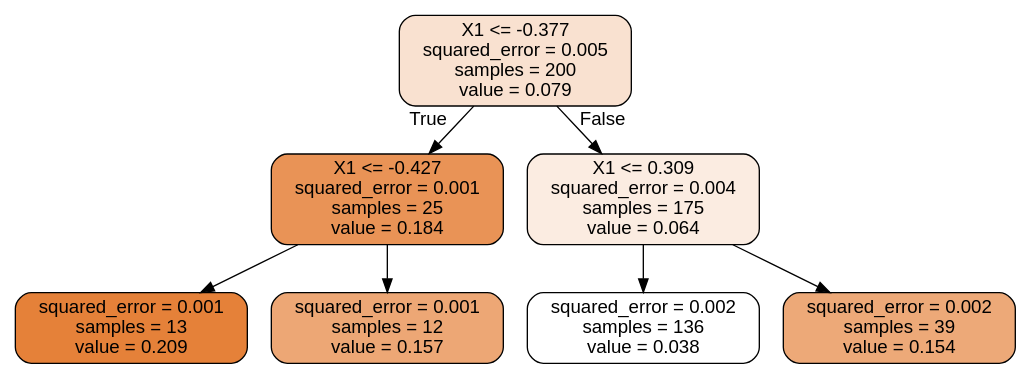
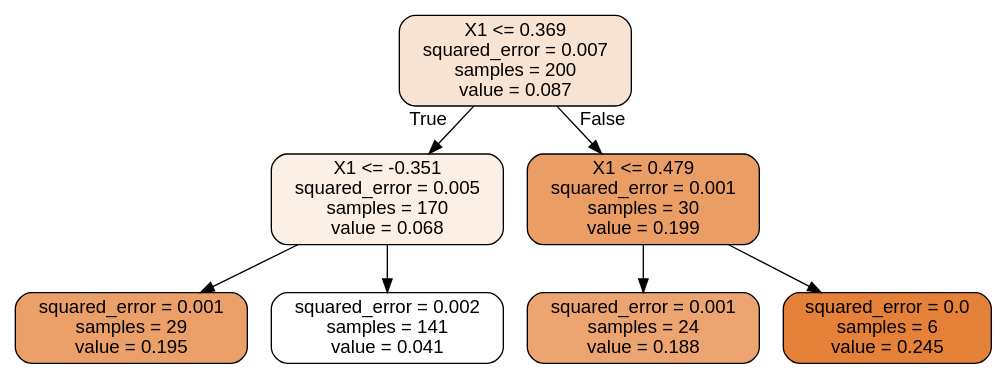
Before and after one commit to sayedgamal99/Data-Science: the diagram in Educational/Hands-On-Machine-Learning/CH6 Decision Trees/regression_tree.dot, drawn with Graphviz. The commit also changed 1 other file, not shown here.

```diff
--- a/Educational/Hands-On-Machine-Learning/CH6 Decision Trees/regression_tree.dot
+++ b/Educational/Hands-On-Machine-Learning/CH6 Decision Trees/regression_tree.dot
@@ -1,17 +1,17 @@
 digraph Tree {
 node [shape=box, style="filled, rounded", color="black", fontname="helvetica"] ;
 edge [fontname="helvetica"] ;
-0 [label="X1 <= -0.377\nsquared_error = 0.005\nsamples = 200\nvalue = 0.079", fillcolor="#f9e1d0"] ;
-1 [label="X1 <= -0.427\nsquared_error = 0.001\nsamples = 25\nvalue = 0.184", fillcolor="#e99356"] ;
+0 [label="X1 <= 0.369\nsquared_error = 0.007\nsamples = 200\nvalue = 0.087", fillcolor="#f9e3d2"] ;
+1 [label="X1 <= -0.351\nsquared_error = 0.005\nsamples = 170\nvalue = 0.068", fillcolor="#fcefe6"] ;
 0 -> 1 [labeldistance=2.5, labelangle=45, headlabel="True"] ;
-2 [label="squared_error = 0.001\nsamples = 13\nvalue = 0.209", fillcolor="#e58139"] ;
+2 [label="squared_error = 0.001\nsamples = 29\nvalue = 0.195", fillcolor="#eba06a"] ;
 1 -> 2 ;
-3 [label="squared_error = 0.001\nsamples = 12\nvalue = 0.157", fillcolor="#eda775"] ;
+3 [label="squared_error = 0.002\nsamples = 141\nvalue = 0.041", fillcolor="#ffffff"] ;
 1 -> 3 ;
-4 [label="X1 <= 0.309\nsquared_error = 0.004\nsamples = 175\nvalue = 0.064", fillcolor="#fbece1"] ;
+4 [label="X1 <= 0.479\nsquared_error = 0.001\nsamples = 30\nvalue = 0.199", fillcolor="#eb9d66"] ;
 0 -> 4 [labeldistance=2.5, labelangle=-45, headlabel="False"] ;
-5 [label="squared_error = 0.002\nsamples = 136\nvalue = 0.038", fillcolor="#ffffff"] ;
+5 [label="squared_error = 0.001\nsamples = 24\nvalue = 0.188", fillcolor="#eca471"] ;
 4 -> 5 ;
-6 [label="squared_error = 0.002\nsamples = 39\nvalue = 0.154", fillcolor="#eda978"] ;
+6 [label="squared_error = 0.0\nsamples = 6\nvalue = 0.245", fillcolor="#e58139"] ;
 4 -> 6 ;
 }
```
